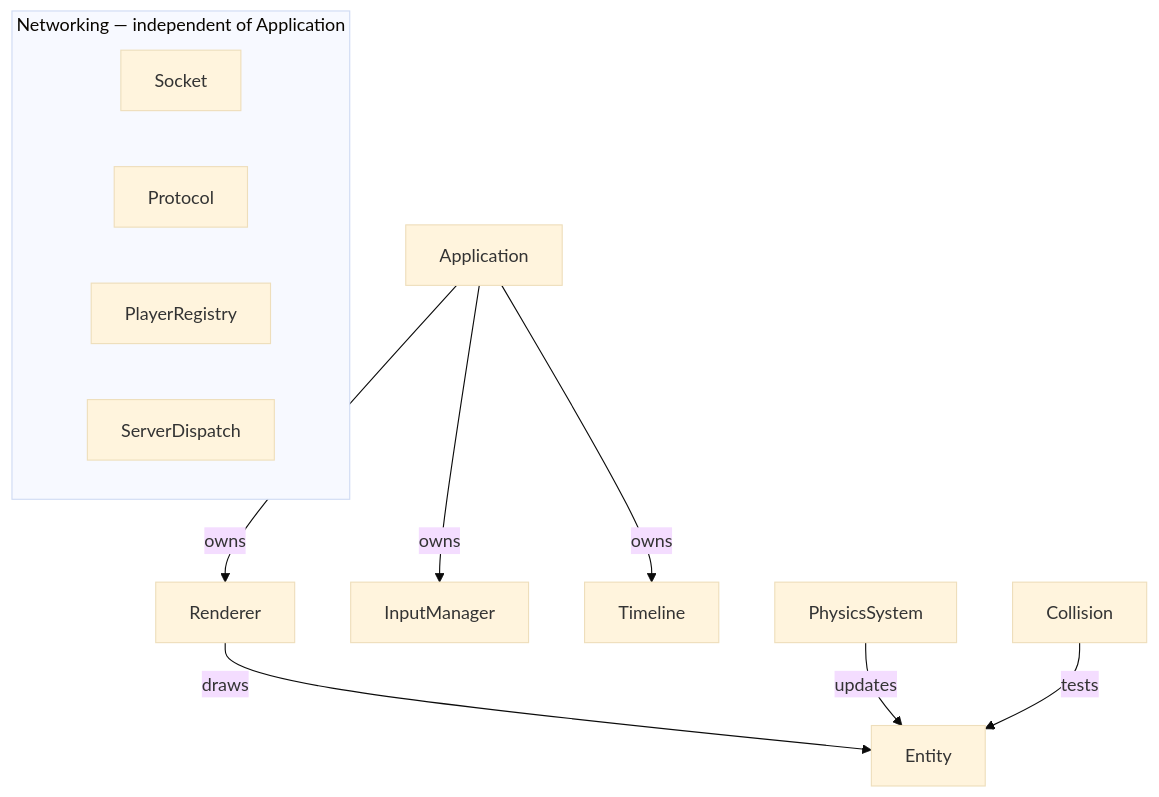
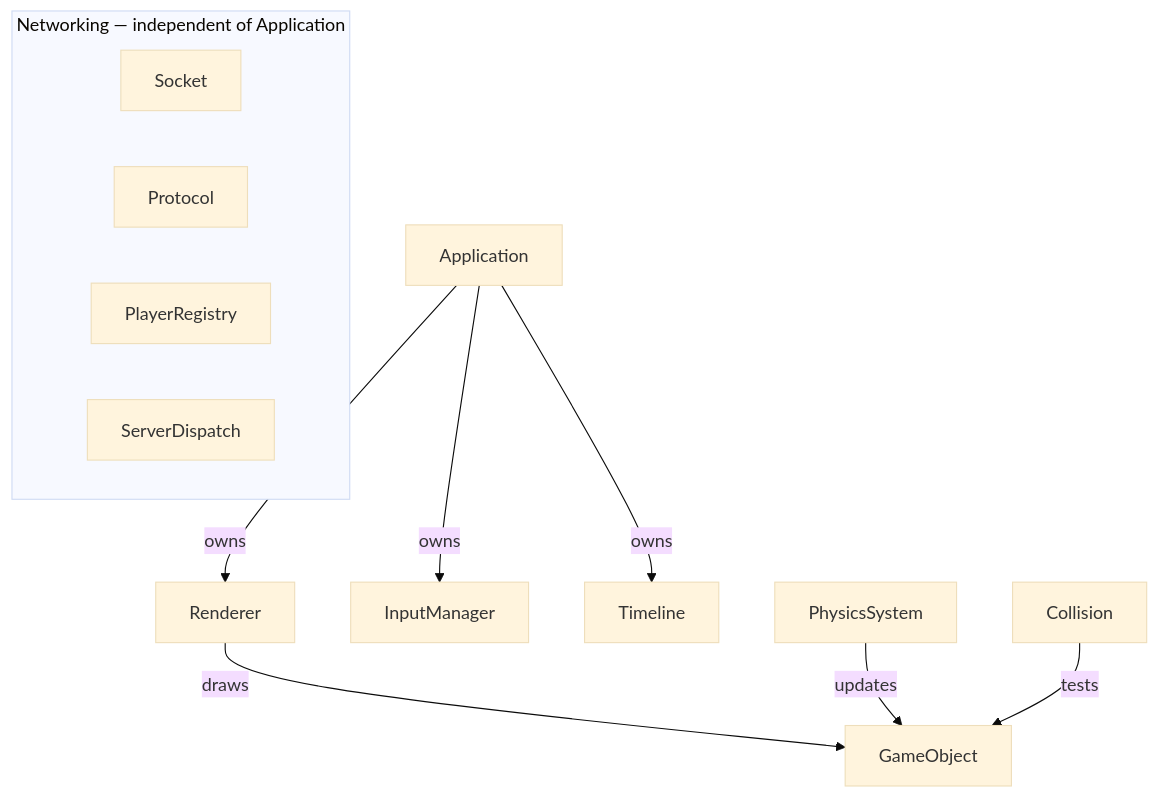
The first of 2 diagrams in docs/architecture/overview.md (FSChuang/game-engine), drawn with Mermaid (base theme) before and after one commit. The commit also changed other lines of this file and 45 other files, not shown here.

Commit message:
Add runtime game object model

````diff
--- a/docs/architecture/overview.md
+++ b/docs/architecture/overview.md
@@ -79,24 +79,24 @@
 ```mermaid
 graph TD
     App["Application"]
     Renderer["Renderer"]
     Input["InputManager"]
     Timeline["Timeline"]
-    Entity["Entity"]
+    GameObject["GameObject"]
     Physics["PhysicsSystem"]
     Collision["Collision"]
 
     App -->|owns| Renderer
     App -->|owns| Input
     App -->|owns| Timeline
-    Renderer -->|draws| Entity
-    Physics -->|updates| Entity
-    Collision -->|tests| Entity
+    Renderer -->|draws| GameObject
+    Physics -->|updates| GameObject
+    Collision -->|tests| GameObject
 
     subgraph NET["Networking — independent of Application"]
         Socket["Socket"]
         Protocol["Protocol"]
         Registry["PlayerRegistry"]
         Dispatch["ServerDispatch"]
     end
 ```
````
